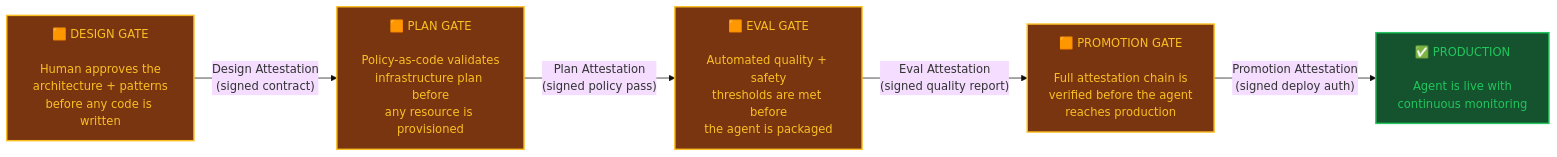
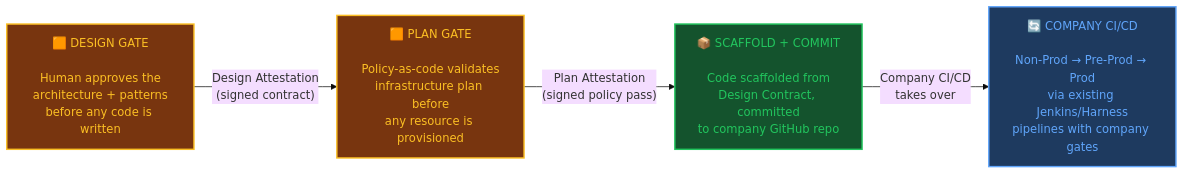
The first of 9 diagrams in born-compliant-platform-sequence-diagrams.md (rnerurkar/engen), drawn with Mermaid (base theme) before and after one commit. The commit also changed other lines of this file and 2 other files, not shown here.

Commit message:
Refresh born-compliant platform architecture, tech stack, and sequence diagrams

````diff
--- a/born-compliant-platform-sequence-diagrams.md
+++ b/born-compliant-platform-sequence-diagrams.md
@@ -23,17 +23,16 @@
 ```mermaid
 flowchart LR
     G1["🟧 DESIGN GATE<br/><br/>Human approves the<br/>architecture + patterns<br/>before any code is written"]
     G2["🟧 PLAN GATE<br/><br/>Policy-as-code validates<br/>infrastructure plan before<br/>any resource is provisioned"]
-    G3["🟧 EVAL GATE<br/><br/>Automated quality + safety<br/>thresholds are met before<br/>the agent is packaged"]
-    G4["🟧 PROMOTION GATE<br/><br/>Full attestation chain is<br/>verified before the agent<br/>reaches production"]
 
     G1 -->|"Design Attestation<br/>(signed contract)"| G2
-    G2 -->|"Plan Attestation<br/>(signed policy pass)"| G3
-    G3 -->|"Eval Attestation<br/>(signed quality report)"| G4
-    G4 -->|"Promotion Attestation<br/>(signed deploy auth)"| PROD["✅ PRODUCTION<br/><br/>Agent is live with<br/>continuous monitoring"]
+    G2 -->|"Plan Attestation<br/>(signed policy pass)"| SCAFFOLD["📦 SCAFFOLD + COMMIT<br/><br/>Code scaffolded from<br/>Design Contract, committed<br/>to company GitHub repo"]
+    SCAFFOLD -->|"Company CI/CD<br/>takes over"| CICD["🔄 COMPANY CI/CD<br/><br/>Non-Prod → Pre-Prod → Prod<br/>via existing Jenkins/Harness<br/>pipelines with company gates"]
 
     classDef gate fill:#78350f,stroke:#fbbf24,color:#fbbf24,stroke-width:2px;
-    classDef prod fill:#14532d,stroke:#22c55e,color:#22c55e,stroke-width:2px;
-    class G1,G2,G3,G4 gate;
-    class PROD prod;
+    classDef scaffold fill:#14532d,stroke:#22c55e,color:#22c55e,stroke-width:2px;
+    classDef cicd fill:#1e3a5f,stroke:#60a5fa,color:#60a5fa,stroke-width:2px;
+    class G1,G2 gate;
+    class SCAFFOLD scaffold;
+    class CICD cicd;
 ```
````
